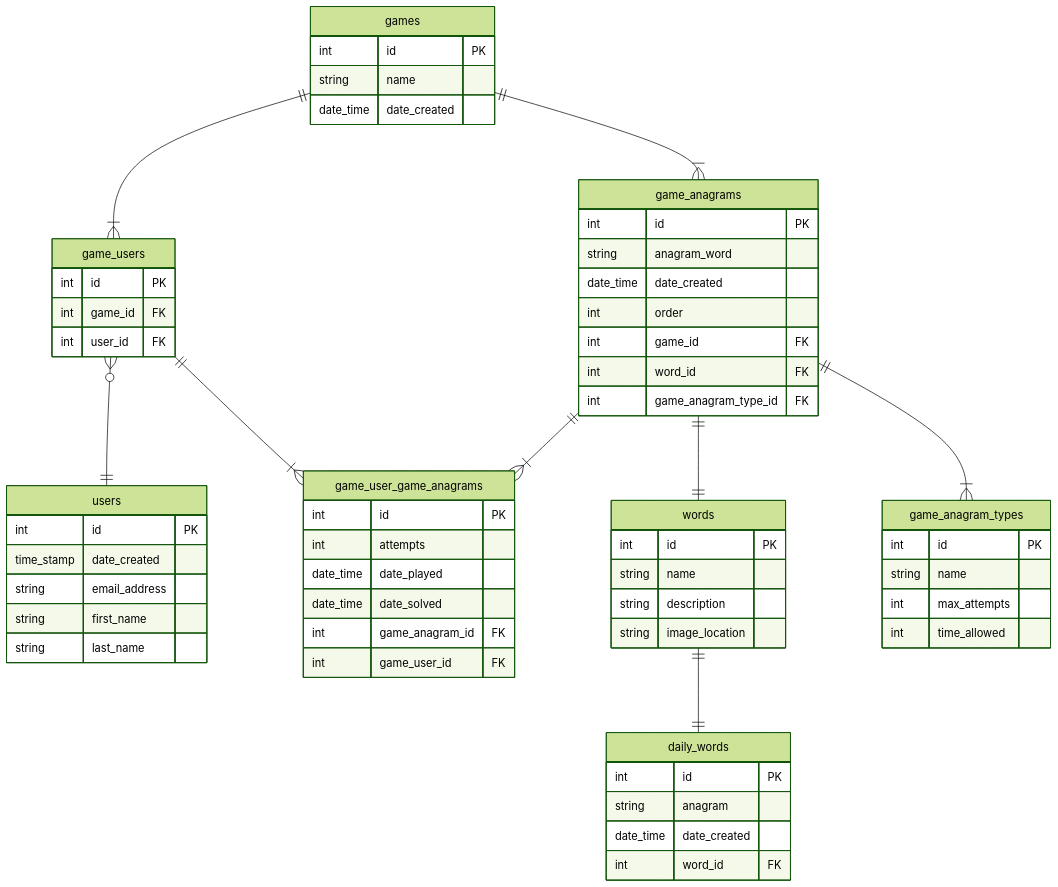
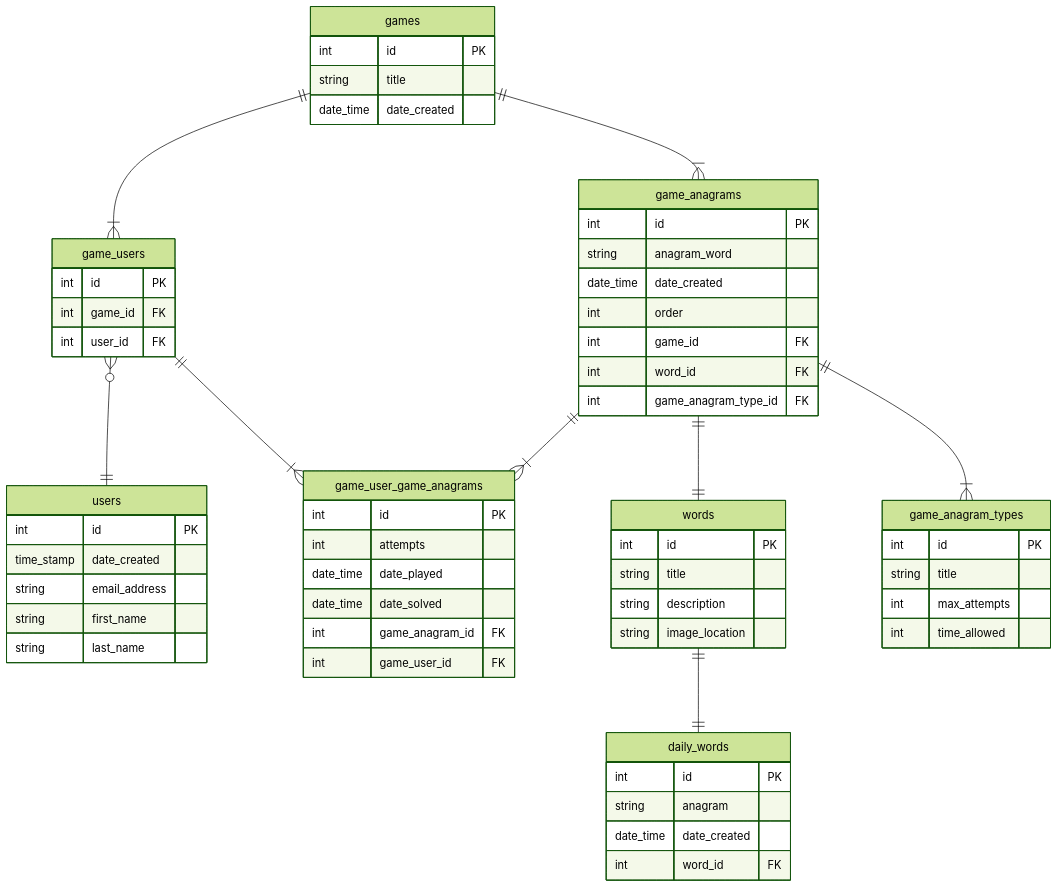
One commit to seanjamescurrie/bananagrams changed the second of 2 diagrams in README.md. Above: the diagram before and after it, drawn with Mermaid (forest theme).

Commit message:
Update ReadMe.md - update prop name 'name' to 'title'

````diff
--- a/README.md
+++ b/README.md
@@ -219,75 +219,75 @@
 ```mermaid
 erDiagram
 
   games ||--|{ game_users : ""
   games ||--|{ game_anagrams : ""
   game_users }o--|| users : ""
   game_users ||--|{ game_user_game_anagrams : ""
   game_anagrams ||--|{ game_user_game_anagrams : ""
   game_anagrams ||--|| words : ""
   game_anagrams ||--|{ game_anagram_types : ""
   words ||--|| daily_words : ""
   
   game_anagram_types {
     int id PK
-    string name
+    string title
     int max_attempts
     int time_allowed
   }
   
   games {
     int id PK
-    string name
+    string title
     date_time date_created
   }
   
   words {
     int id PK
-    string name
+    string title
     string description
     string image_location
   }
   
   daily_words {
     int id PK
     string anagram
     date_time date_created
     int word_id FK
   }
   
   game_anagrams {
     int id PK
     string anagram_word
     date_time date_created
     int order
     int game_id FK
     int word_id FK
     int game_anagram_type_id FK
   }
   
   users {
     int id PK
     time_stamp date_created
     string email_address
     string first_name
     string last_name
   }
   
   game_users {
     int id PK
     int game_id FK
     int user_id FK
   }
   
   game_user_game_anagrams {
     int id PK
     int attempts
     date_time date_played
     date_time date_solved
     int game_anagram_id FK
     int game_user_id FK
   }
   
   
 
 ```
````
